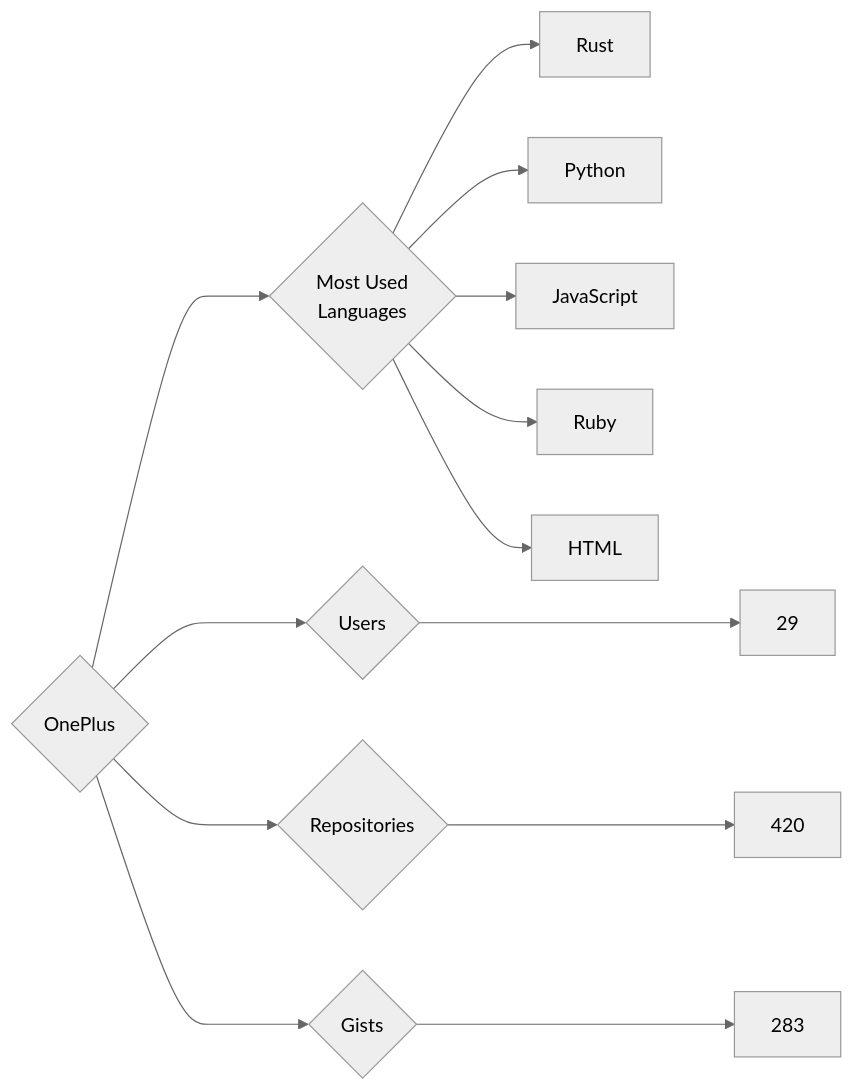
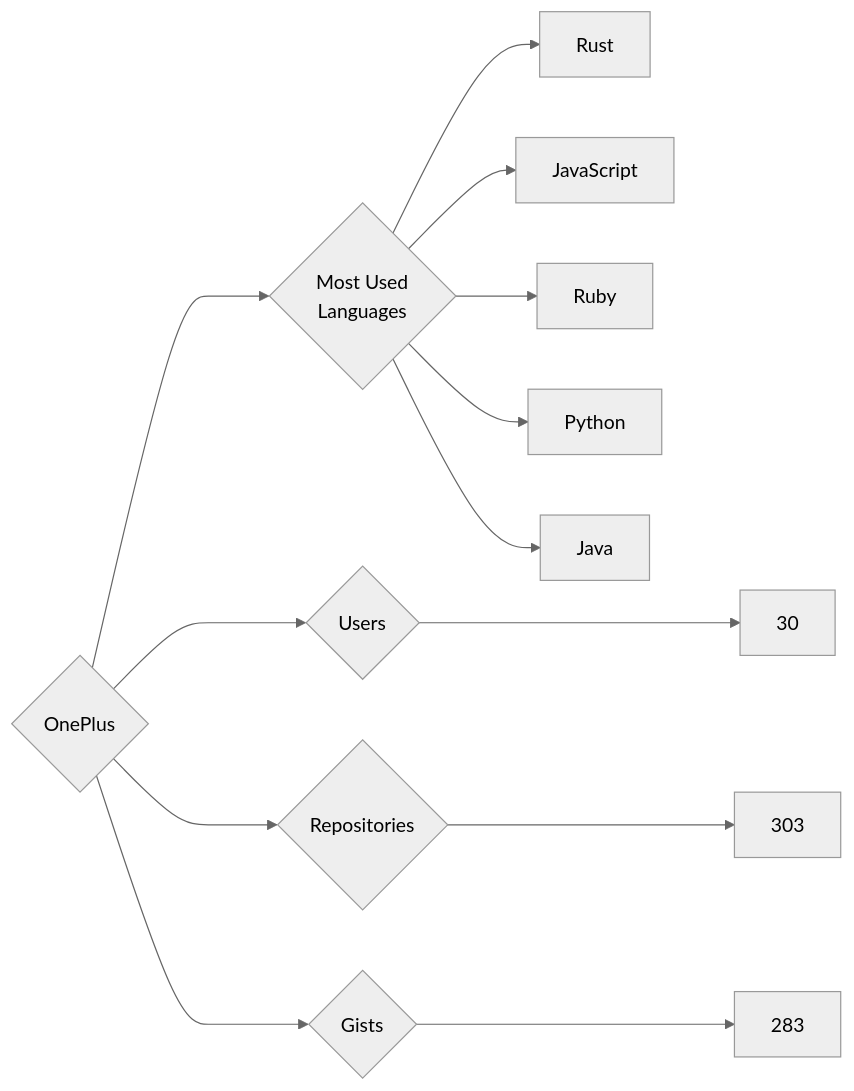
One commit to trickest/insiders changed the diagram in targets/OnePlus/README.md. Above: the diagram before and after it, drawn with Mermaid (neutral theme). The commit also changed 725 other files, not shown here.

````diff
--- a/targets/OnePlus/README.md
+++ b/targets/OnePlus/README.md
@@ -3,13 +3,13 @@
 ```mermaid
 graph LR
 COMPANY_NAME{OnePlus}
-COMPANY_NAME ---> U{Users} ---> UN[29]
-COMPANY_NAME ---> R{Repositories} ---> RN[420]
+COMPANY_NAME ---> U{Users} ---> UN[30]
+COMPANY_NAME ---> R{Repositories} ---> RN[303]
 COMPANY_NAME ---> G{Gists} ---> GN[283]
 COMPANY_NAME ---> ML{Most Used<br>Languages}
 ML --> Rust[Rust]
-ML --> Python[Python]
 ML --> JavaScript[JavaScript]
 ML --> Ruby[Ruby]
-ML --> HTML[HTML]
+ML --> Python[Python]
+ML --> Java[Java]
 ```
````
